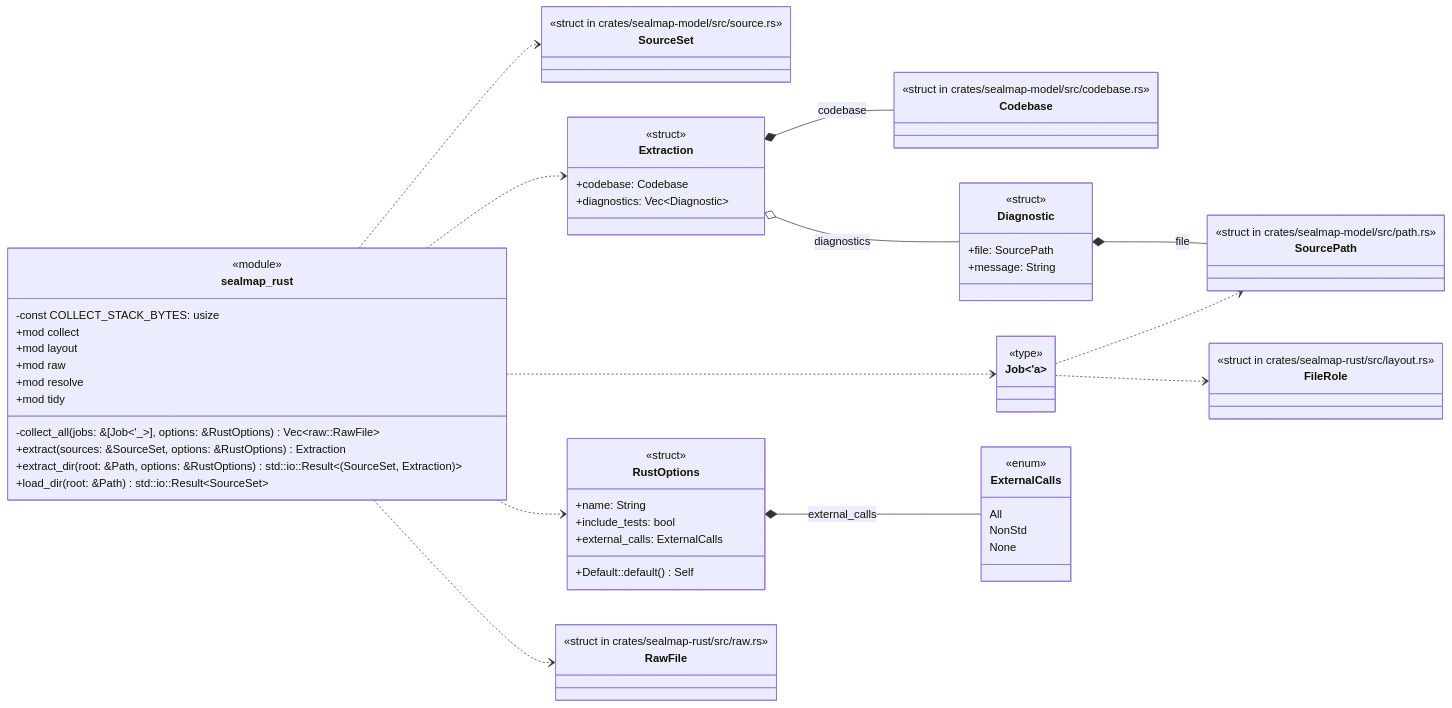
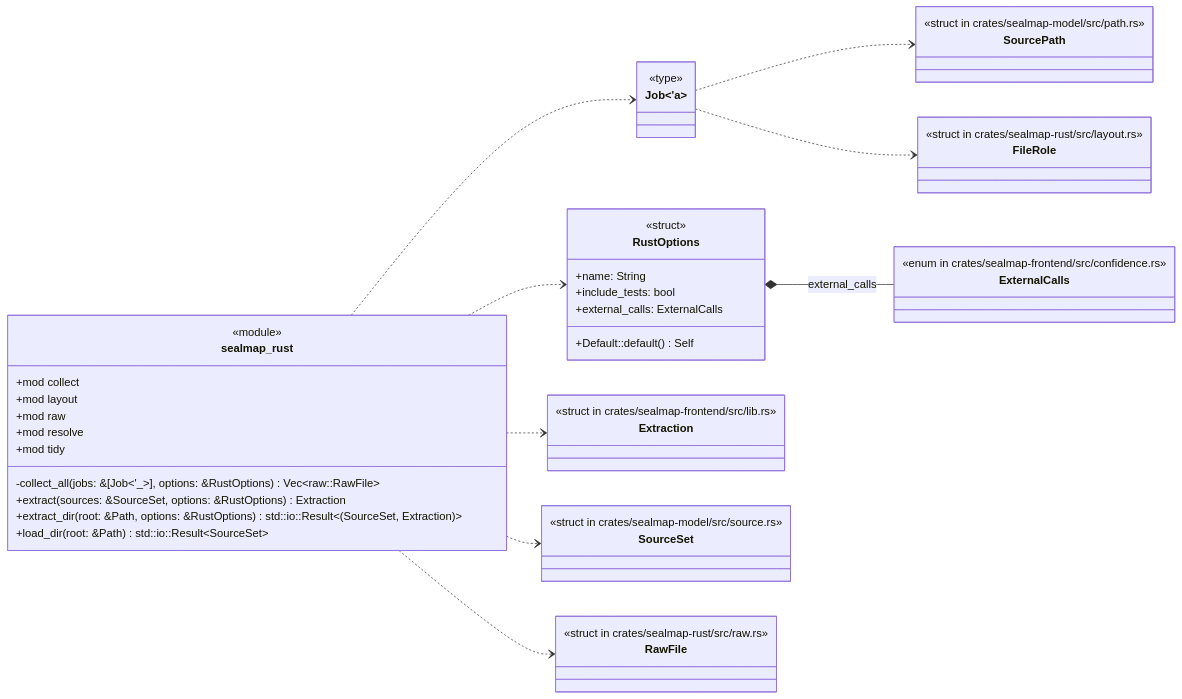
The first of 5 diagrams in docs/sealmap/crates/sealmap-rust/src/lib.rs.md (DreamLab-AI/codemaid), drawn with Mermaid before and after one commit. The commit also changed other lines of this file and 37 other files, not shown here.

First line of the commit message:
frontend: extract sealmap-frontend from sealmap-rust

````diff
--- a/docs/sealmap/crates/sealmap-rust/src/lib.rs.md
+++ b/docs/sealmap/crates/sealmap-rust/src/lib.rs.md
@@ -14,69 +14,52 @@
 ```mermaid
 classDiagram
   direction LR
-  class sealmap_rust__Diagnostic["Diagnostic"] {
-    <<struct>>
-    +file: SourcePath
-    +message: String
-  }
-  class sealmap_rust__ExternalCalls["ExternalCalls"] {
-    <<enum>>
-    All
-    NonStd
-    None
-  }
-  class sealmap_rust__Extraction["Extraction"] {
-    <<struct>>
-    +codebase: Codebase
-    +diagnostics: Vec#lt;Diagnostic#gt;
-  }
   class sealmap_rust__Job["Job#lt;'a#gt;"] {
     <<type>>
   }
   class sealmap_rust__RustOptions["RustOptions"] {
     <<struct>>
     +name: String
     +include_tests: bool
     +external_calls: ExternalCalls
     +Default::default() Self
   }
   class sealmap_rust {
     <<module>>
-    -const COLLECT_STACK_BYTES: usize
     +mod collect
     -collect_all(jobs: &[Job#lt;'_#gt;], options: &RustOptions) Vec#lt;raw::RawFile#gt;
     +extract(sources: &SourceSet, options: &RustOptions) Extraction
     +extract_dir(root: &Path, options: &RustOptions) std::io::Result#lt;#40;SourceSet, Extraction#41;#gt;
     +mod layout
     +load_dir(root: &Path) std::io::Result#lt;SourceSet#gt;
     +mod raw
     +mod resolve
     +mod tidy
   }
+  class sealmap_frontend__Extraction["Extraction"] {
+    <<struct in crates/sealmap-frontend/src/lib.rs>>
+  }
   class sealmap_model__source__SourceSet["SourceSet"] {
     <<struct in crates/sealmap-model/src/source.rs>>
   }
   class sealmap_rust__raw__RawFile["RawFile"] {
     <<struct in crates/sealmap-rust/src/raw.rs>>
   }
   class sealmap_model__path__SourcePath["SourcePath"] {
     <<struct in crates/sealmap-model/src/path.rs>>
   }
-  class sealmap_model__codebase__Codebase["Codebase"] {
-    <<struct in crates/sealmap-model/src/codebase.rs>>
-  }
   class sealmap_rust__layout__FileRole["FileRole"] {
     <<struct in crates/sealmap-rust/src/layout.rs>>
   }
+  class sealmap_frontend__confidence__ExternalCalls["ExternalCalls"] {
+    <<enum in crates/sealmap-frontend/src/confidence.rs>>
+  }
+  sealmap_rust ..> sealmap_frontend__Extraction
   sealmap_rust ..> sealmap_model__source__SourceSet
-  sealmap_rust ..> sealmap_rust__Extraction
   sealmap_rust ..> sealmap_rust__Job
   sealmap_rust ..> sealmap_rust__RustOptions
   sealmap_rust ..> sealmap_rust__raw__RawFile
-  sealmap_rust__Diagnostic *-- sealmap_model__path__SourcePath : file
-  sealmap_rust__Extraction *-- sealmap_model__codebase__Codebase : codebase
-  sealmap_rust__Extraction o-- sealmap_rust__Diagnostic : diagnostics
   sealmap_rust__Job ..> sealmap_model__path__SourcePath
   sealmap_rust__Job ..> sealmap_rust__layout__FileRole
-  sealmap_rust__RustOptions *-- sealmap_rust__ExternalCalls : external_calls
+  sealmap_rust__RustOptions *-- sealmap_frontend__confidence__ExternalCalls : external_calls
 ```
````
